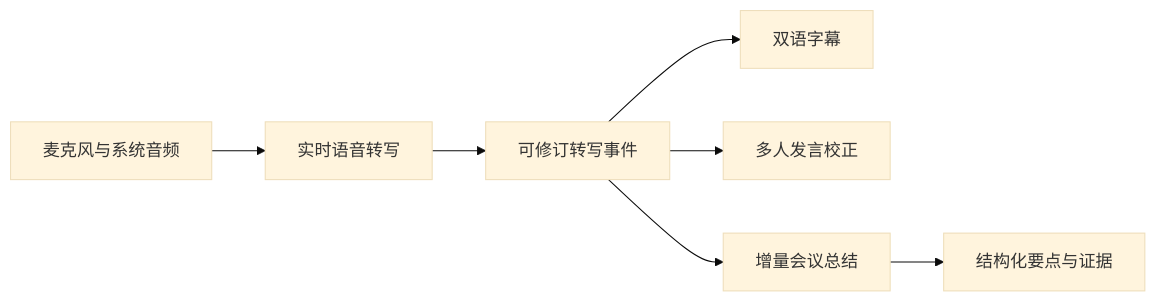
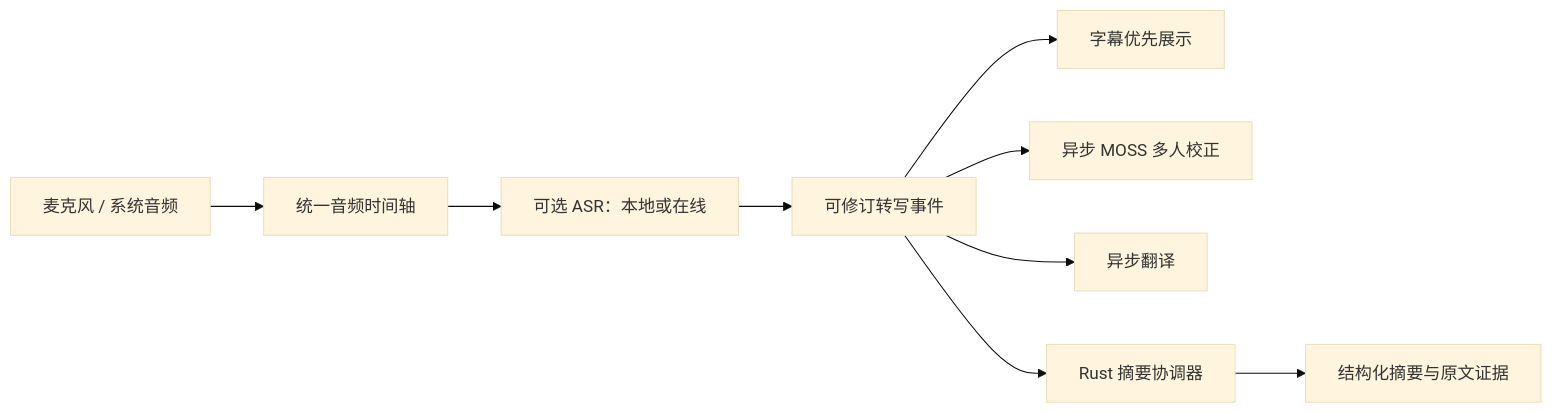
One commit to Liwj-0106/Meeting changed the diagram in README.md. Above: the diagram before and after it, drawn with Mermaid (base theme). The commit also changed other lines of this file, not shown here.

````diff
--- a/README.md
+++ b/README.md
@@ -27,9 +24,11 @@
 ```mermaid
 flowchart LR
-    A[麦克风与系统音频] --> B[实时语音转写]
-    B --> C[可修订转写事件]
-    C --> D[双语字幕]
-    C --> E[多人发言校正]
-    C --> F[增量会议总结]
-    F --> G[结构化要点与证据]
+    A[麦克风 / 系统音频] --> B[统一音频时间轴]
+    B --> C[可选 ASR：本地或在线]
+    C --> D[可修订转写事件]
+    D --> E[字幕优先展示]
+    D --> F[异步 MOSS 多人校正]
+    D --> G[异步翻译]
+    D --> H[Rust 摘要协调器]
+    H --> I[结构化摘要与原文证据]
 ```
````
